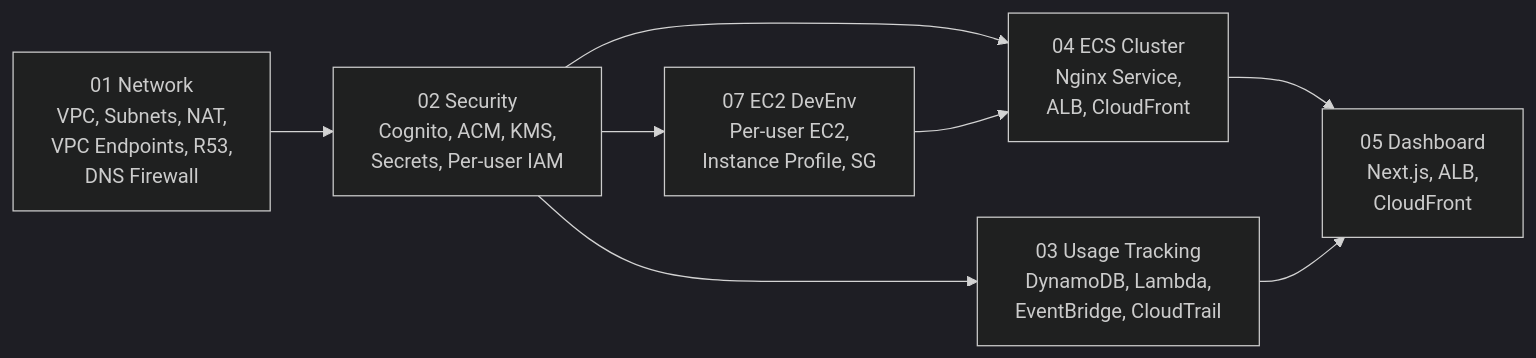
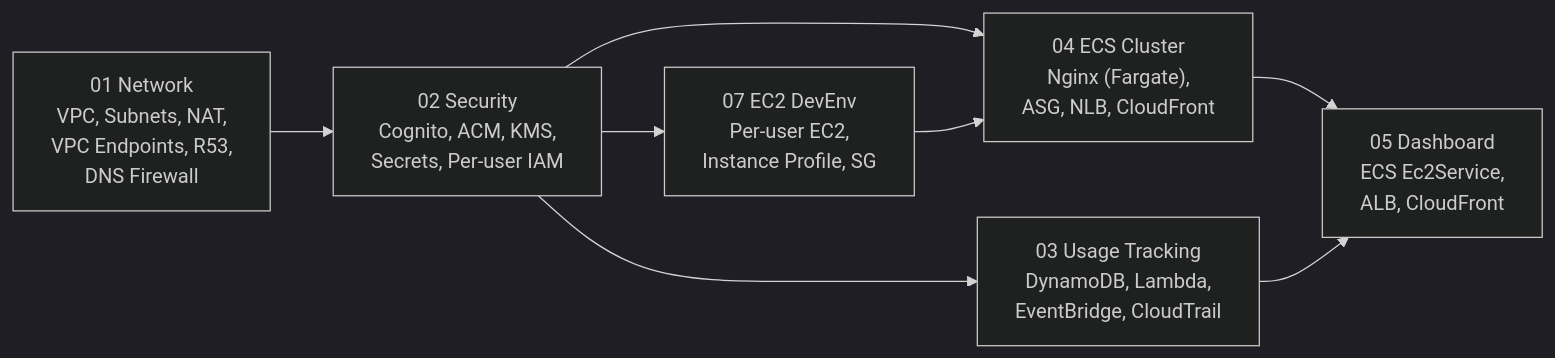
One commit to Atom-oh/cc-on-bedrock changed the second of 7 diagrams in docs/architecture.md. Above: the diagram before and after it, drawn with Mermaid (dark theme). The commit also changed other lines of this file and 29 other files, not shown here.

````diff
--- a/docs/architecture.md
+++ b/docs/architecture.md
@@ -141,10 +142,10 @@
 ```mermaid
 graph LR
     S1["01 Network<br/>VPC, Subnets, NAT,<br/>VPC Endpoints, R53,<br/>DNS Firewall"] --> S2["02 Security<br/>Cognito, ACM, KMS,<br/>Secrets, Per-user IAM"]
     S2 --> S3["03 Usage Tracking<br/>DynamoDB, Lambda,<br/>EventBridge, CloudTrail"]
-    S2 --> S4["04 ECS Cluster<br/>Nginx Service,<br/>ALB, CloudFront"]
+    S2 --> S4["04 ECS Cluster<br/>Nginx (Fargate),<br/>ASG, NLB, CloudFront"]
     S2 --> S7["07 EC2 DevEnv<br/>Per-user EC2,<br/>Instance Profile, SG"]
-    S4 --> S5["05 Dashboard<br/>Next.js, ALB,<br/>CloudFront"]
+    S4 --> S5["05 Dashboard<br/>ECS Ec2Service,<br/>ALB, CloudFront"]
     S3 --> S5
     S7 --> S4
 ```
````
